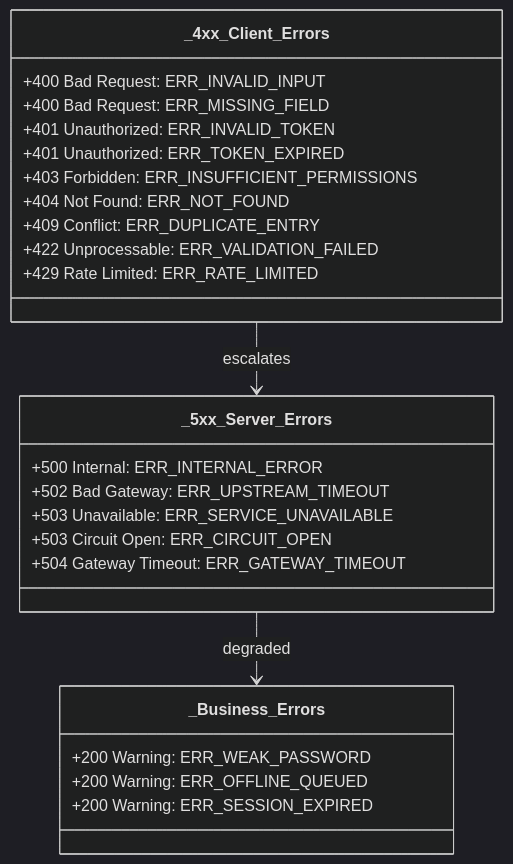
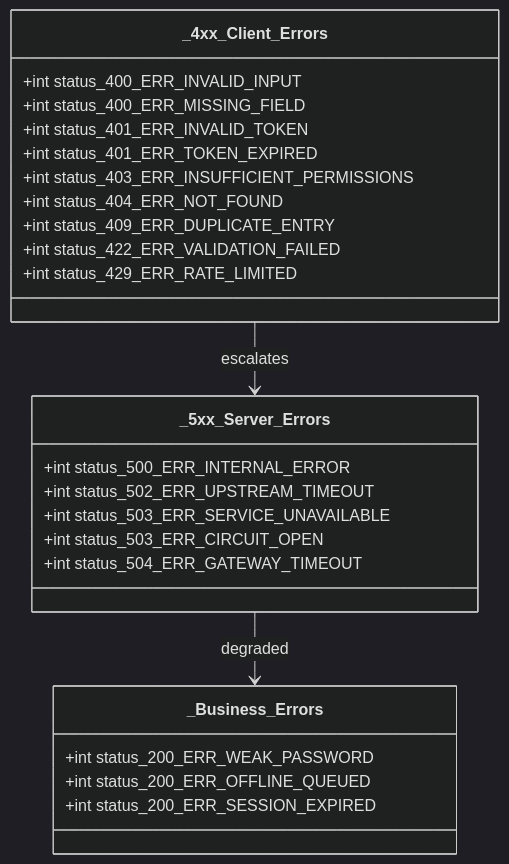
Before and after one commit to SafeVixAI/SafeVixAI: the second of 2 diagrams in docs/api-reference/ERROR_CODES.md, drawn with Mermaid (dark theme). The commit also changed other lines of this file and 85 other files, not shown here.

Commit message:
docs: Fix Mermaid diagrams, resolve relative link warnings, and ensure clean mkdocs build

````diff
--- a/docs/api-reference/ERROR_CODES.md
+++ b/docs/api-reference/ERROR_CODES.md
@@ -38,31 +38,31 @@
 ```mermaid
 classDiagram
     class _4xx_Client_Errors {
-        +400 Bad Request: ERR_INVALID_INPUT
-        +400 Bad Request: ERR_MISSING_FIELD
-        +401 Unauthorized: ERR_INVALID_TOKEN
-        +401 Unauthorized: ERR_TOKEN_EXPIRED
-        +403 Forbidden: ERR_INSUFFICIENT_PERMISSIONS
-        +404 Not Found: ERR_NOT_FOUND
-        +409 Conflict: ERR_DUPLICATE_ENTRY
-        +422 Unprocessable: ERR_VALIDATION_FAILED
-        +429 Rate Limited: ERR_RATE_LIMITED
+        +int status_400_ERR_INVALID_INPUT
+        +int status_400_ERR_MISSING_FIELD
+        +int status_401_ERR_INVALID_TOKEN
+        +int status_401_ERR_TOKEN_EXPIRED
+        +int status_403_ERR_INSUFFICIENT_PERMISSIONS
+        +int status_404_ERR_NOT_FOUND
+        +int status_409_ERR_DUPLICATE_ENTRY
+        +int status_422_ERR_VALIDATION_FAILED
+        +int status_429_ERR_RATE_LIMITED
     }
 
     class _5xx_Server_Errors {
-        +500 Internal: ERR_INTERNAL_ERROR
-        +502 Bad Gateway: ERR_UPSTREAM_TIMEOUT
-        +503 Unavailable: ERR_SERVICE_UNAVAILABLE
-        +503 Circuit Open: ERR_CIRCUIT_OPEN
-        +504 Gateway Timeout: ERR_GATEWAY_TIMEOUT
+        +int status_500_ERR_INTERNAL_ERROR
+        +int status_502_ERR_UPSTREAM_TIMEOUT
+        +int status_503_ERR_SERVICE_UNAVAILABLE
+        +int status_503_ERR_CIRCUIT_OPEN
+        +int status_504_ERR_GATEWAY_TIMEOUT
     }
 
     class _Business_Errors {
-        +200 Warning: ERR_WEAK_PASSWORD
-        +200 Warning: ERR_OFFLINE_QUEUED
-        +200 Warning: ERR_SESSION_EXPIRED
+        +int status_200_ERR_WEAK_PASSWORD
+        +int status_200_ERR_OFFLINE_QUEUED
+        +int status_200_ERR_SESSION_EXPIRED
     }
 
     _4xx_Client_Errors --> _5xx_Server_Errors : escalates
     _5xx_Server_Errors --> _Business_Errors : degraded
 ```
````
